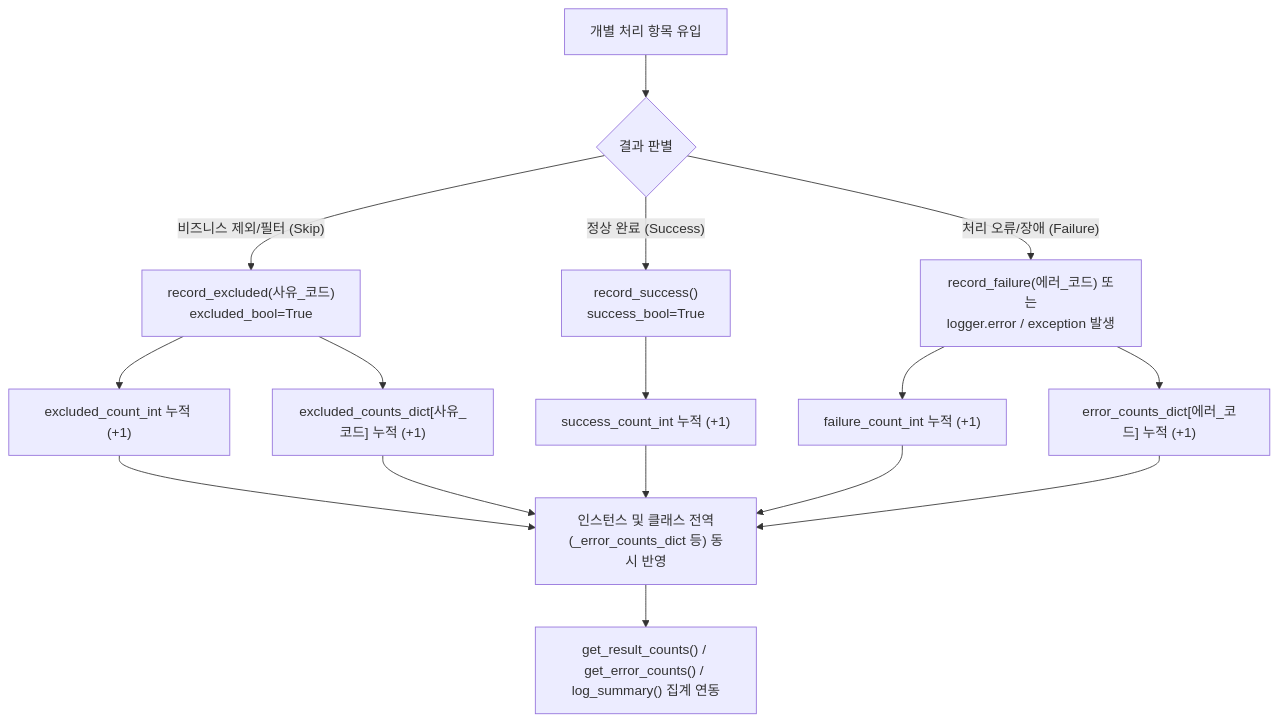
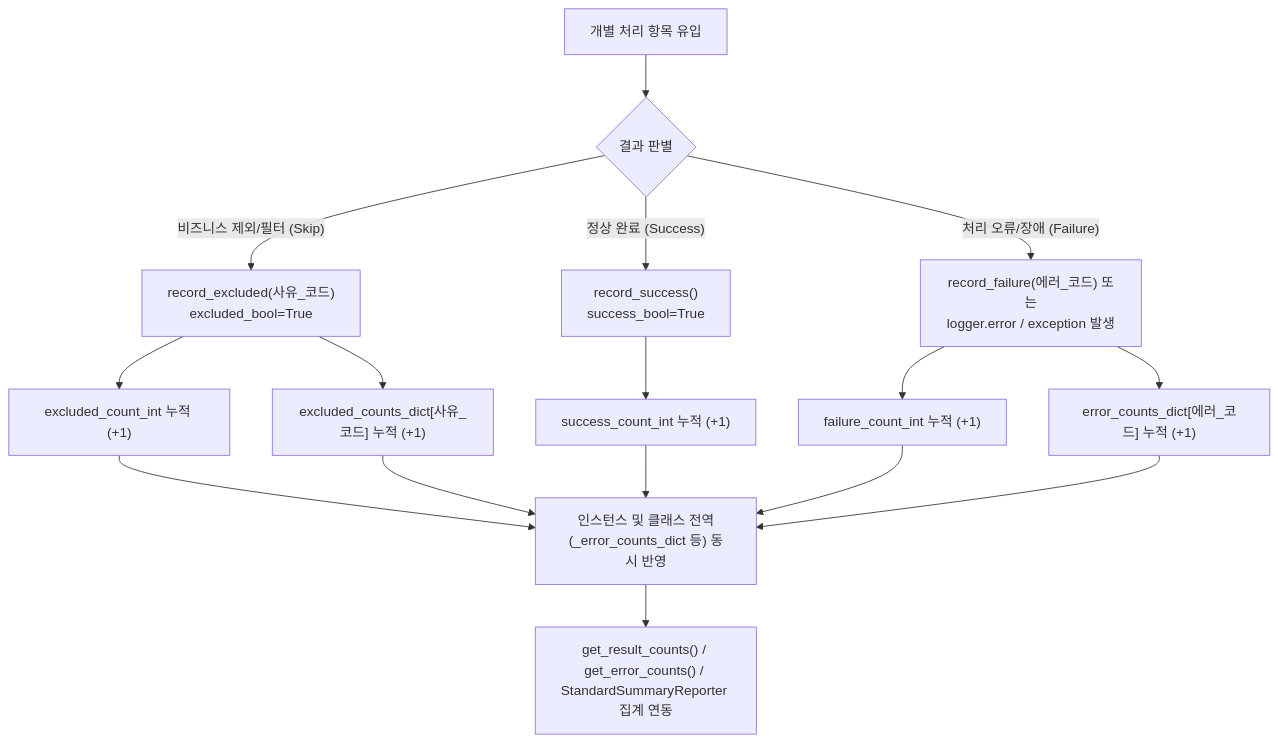
The diagram in manual/ko/logger/04_execution_result_and_error_tracking_ko.md (kampores/agent_common), drawn with Mermaid before and after one commit. The commit also changed other lines of this file and 49 other files, not shown here.

````diff
--- a/manual/ko/logger/04_execution_result_and_error_tracking_ko.md
+++ b/manual/ko/logger/04_execution_result_and_error_tracking_ko.md
@@ -28,22 +28,22 @@
 ```mermaid
 flowchart TD
     A["개별 처리 항목 유입"] --> B{"결과 판별"}
     
     B -->|"비즈니스 제외/필터 (Skip)"| C["record_excluded(사유_코드)<br/>excluded_bool=True"]
     C --> C1["excluded_count_int 누적 (+1)"]
     C --> C2["excluded_counts_dict[사유_코드] 누적 (+1)"]
     
     B -->|"정상 완료 (Success)"| D["record_success()<br/>success_bool=True"]
     D --> D1["success_count_int 누적 (+1)"]
     
     B -->|"처리 오류/장애 (Failure)"| E["record_failure(에러_코드) 또는<br/>logger.error / exception 발생"]
     E --> E1["failure_count_int 누적 (+1)"]
     E --> E2["error_counts_dict[에러_코드] 누적 (+1)"]
     
     C1 --> F["인스턴스 및 클래스 전역(_error_counts_dict 등) 동시 반영"]
     C2 --> F
     D1 --> F
     E1 --> F
     E2 --> F
-    F --> G["get_result_counts() / get_error_counts() / log_summary() 집계 연동"]
+    F --> G["get_result_counts() / get_error_counts() / StandardSummaryReporter 집계 연동"]
 ```
````
